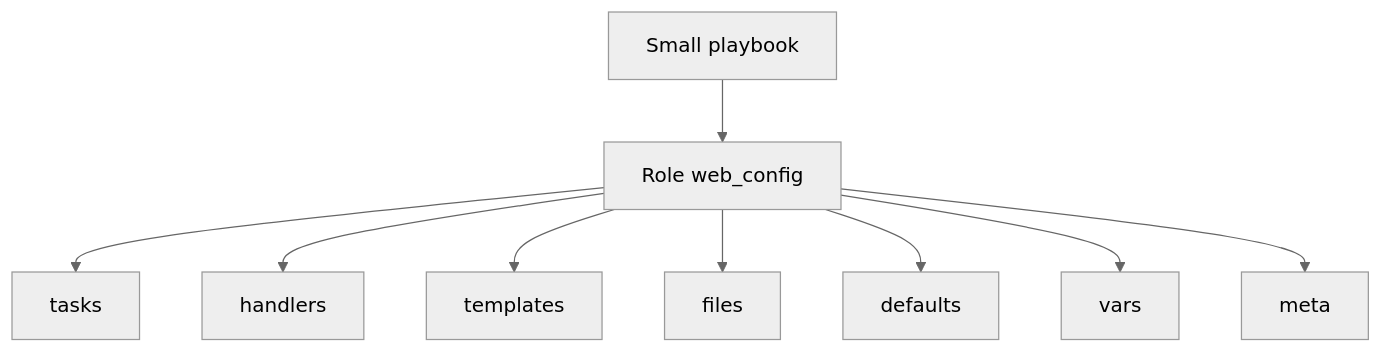
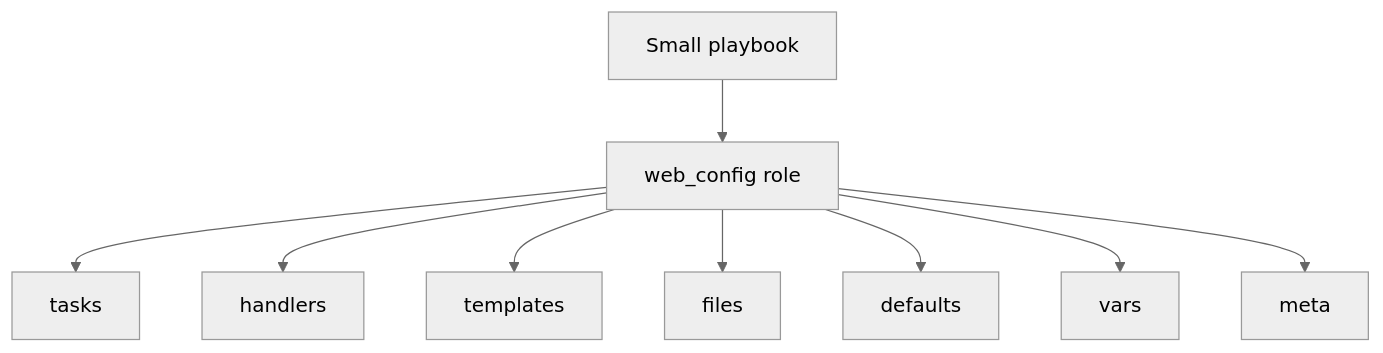
The second of 5 diagrams in module06/roles-and-code-first.md (Ansible-workshop-ch/bootcamp), drawn with Mermaid (neutral theme) before and after one commit. The commit also changed other lines of this file, not shown here.

````diff
--- a/module06/roles-and-code-first.md
+++ b/module06/roles-and-code-first.md
@@ -100,12 +105,12 @@
 ```mermaid
 flowchart TD
-    PB[Small playbook] --> R[Role web_config]
+    PB[Small playbook] --> R[web_config role]
 
     R --> T[tasks]
     R --> H[handlers]
     R --> TP[templates]
     R --> F[files]
     R --> D[defaults]
     R --> V[vars]
     R --> M[meta]
 ```
````
